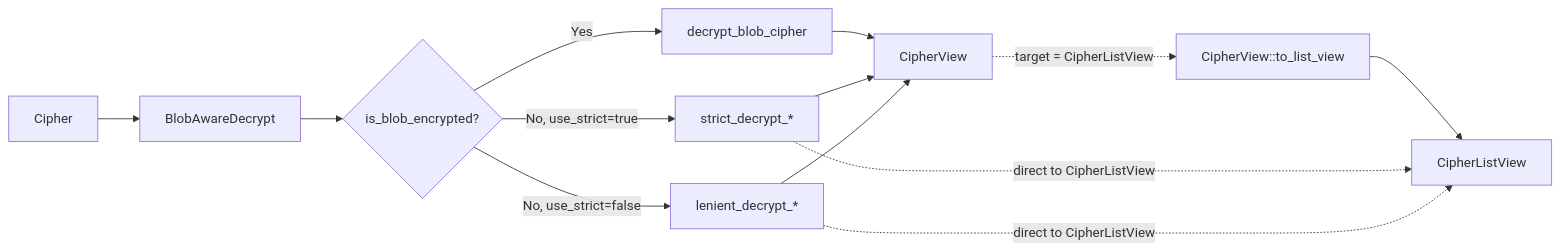
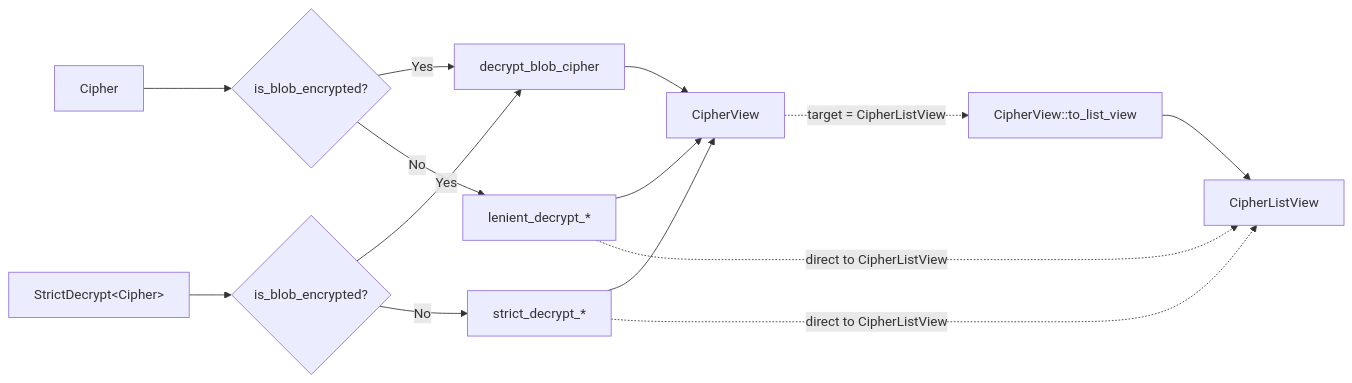
Before and after one commit to bitwarden/sdk-internal: the diagram in crates/bitwarden-vault/src/cipher/README.md, drawn with Mermaid. The commit also changed other lines of this file and 13 other files, not shown here.

Commit message:
[PM-32696] Internalize blob dispatch in Cipher Decryptable impl, remove BlobAwareDecrypt

````diff
--- a/crates/bitwarden-vault/src/cipher/README.md
+++ b/crates/bitwarden-vault/src/cipher/README.md
@@ -46,15 +47,16 @@
 ```mermaid
 flowchart LR
-    A[Cipher] --> B[BlobAwareDecrypt]
-    B --> C{is_blob_encrypted?}
+    A[Cipher] --> C{is_blob_encrypted?}
     C -->|Yes| D[decrypt_blob_cipher]
-    C -->|No, use_strict=true| E[strict_decrypt_*]
-    C -->|No, use_strict=false| F[lenient_decrypt_*]
+    C -->|No| F[lenient_decrypt_*]
+    SC[StrictDecrypt&lt;Cipher&gt;] --> SCC{is_blob_encrypted?}
+    SCC -->|Yes| D
+    SCC -->|No| E[strict_decrypt_*]
     D --> G[CipherView]
     E --> G
     F --> G
     G -.target = CipherListView.-> H[CipherView::to_list_view]
     H --> I[CipherListView]
     E -.direct to CipherListView.-> I
     F -.direct to CipherListView.-> I
 ```
````
